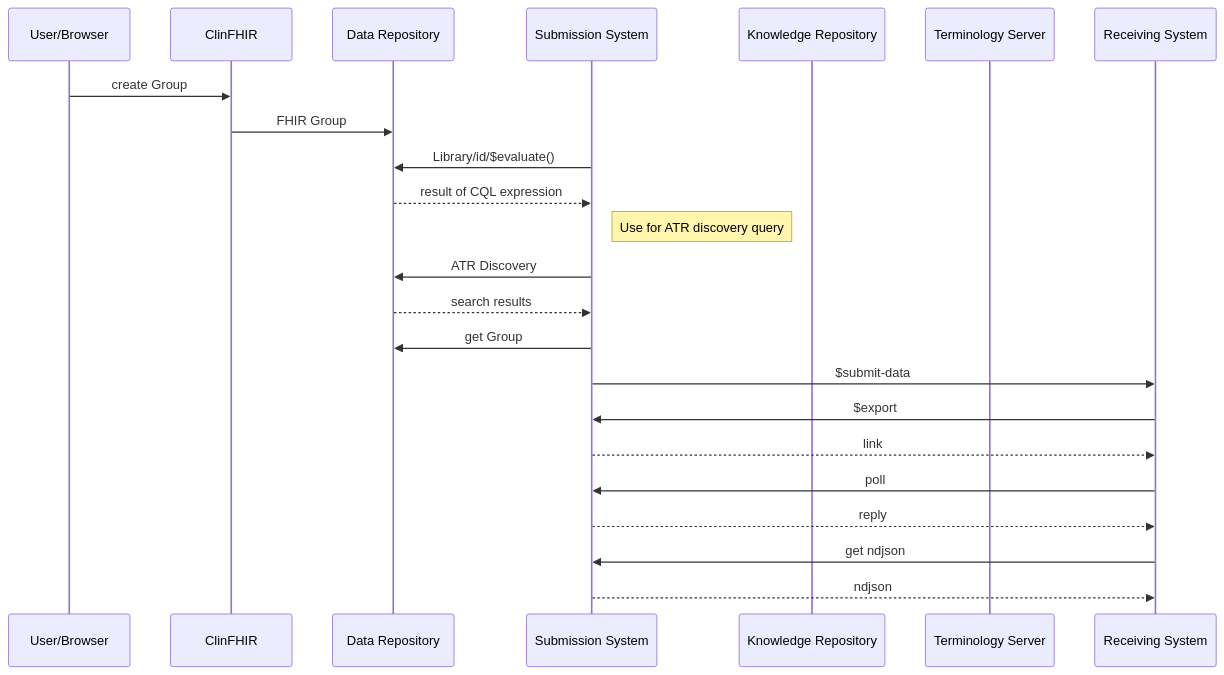
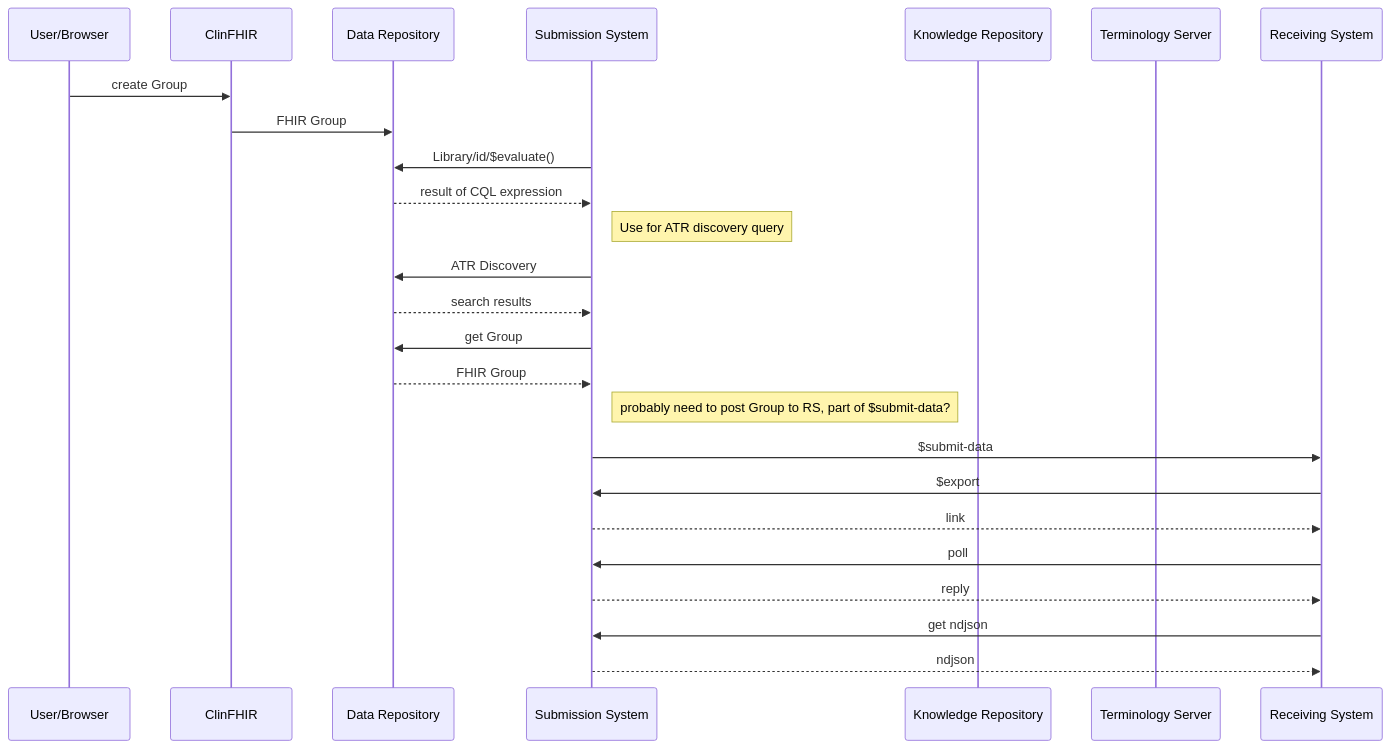
The diagram in input/pagecontent/index.md (p9g/ecqm-content-qicore-2022), drawn with Mermaid before and after one commit.

Commit message:
mermaid sequence diagram update

````diff
--- a/input/pagecontent/index.md
+++ b/input/pagecontent/index.md
@@ -17,26 +17,28 @@
 ```mermaid
 sequenceDiagram
 participant U as User/Browser
 participant CF as ClinFHIR
 participant DR as Data Repository
 participant SS as Submission System
 participant KR as Knowledge Repository
 participant TS as Terminology Server
 participant RS as Receiving System
 
     U->>CF:create Group
     CF->>DR:FHIR Group
     SS->>DR:Library/id/$evaluate()
     DR-->>SS:result of CQL expression
     Note right of SS: Use for ATR discovery query
     SS->>DR:ATR Discovery
     DR-->>SS:search results
     SS->>DR:get Group
+    DR-->>SS:FHIR Group
+    Note right of SS: probably need to post Group to RS, part of $submit-data?
     SS->>RS:$submit-data
     RS->>SS:$export
     SS-->>RS:link
     RS->>SS:poll
     SS-->>RS:reply
     RS->>SS:get ndjson
     SS-->>RS:ndjson
 ```
````
